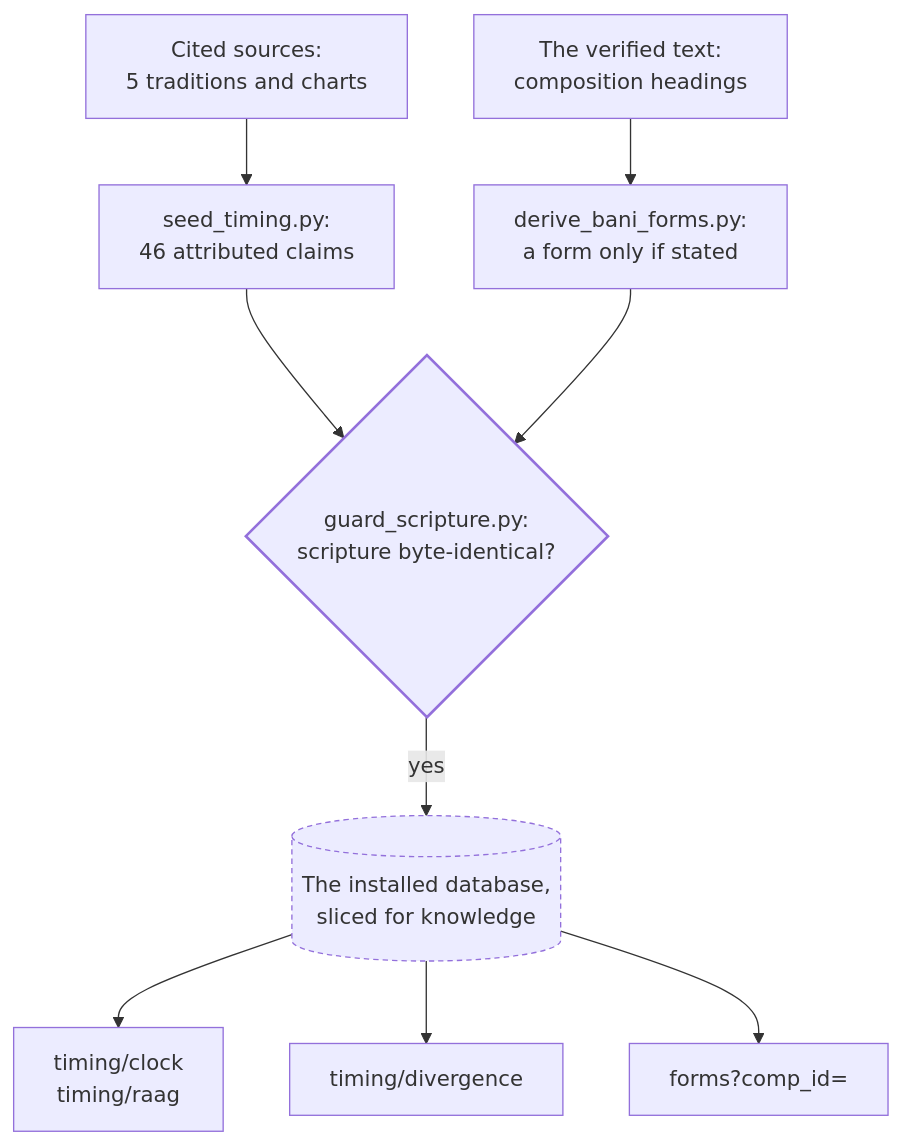
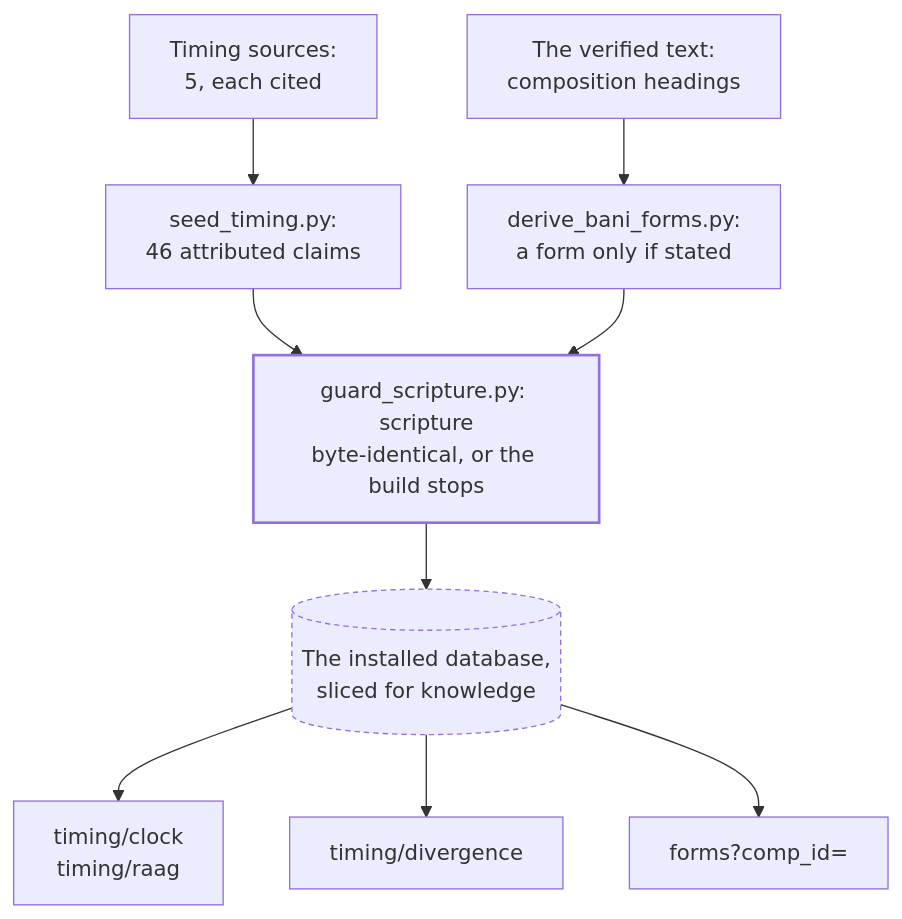
Before and after one commit to Algorythmos-AI/sggs-platform: the diagram in docs/architecture/knowledge-context.md, drawn with Mermaid.

Commit message:
docs(wiki): knowledge-context diagram uses a gate box, not a decision

````diff
--- a/docs/architecture/knowledge-context.md
+++ b/docs/architecture/knowledge-context.md
@@ -25,17 +25,17 @@
 ```mermaid
 flowchart TB
     accTitle: Timing claims and forms are built from cited sources and headings, then served read-only
-    accDescr: In sggs-data, seed_timing.py loads timing claims, each tied to a cited source, and derive_bani_forms.py reads composition headings from the verified text and records a form only when a heading states it. guard_scripture.py proves the scripture tables are byte-identical before and after. The knowledge service reads the seven declared tables and answers four routes: the clock, one raag, the divergences, and one composition's forms.
-    src[Cited sources:<br/>5 traditions and charts] --> seed[seed_timing.py:<br/>46 attributed claims]
+    accDescr: In sggs-data, seed_timing.py loads timing claims, each tied to a cited source, and derive_bani_forms.py reads composition headings from the verified text and records a form only when a heading states it. guard_scripture.py proves the scripture tables are byte-identical before and after, or the build stops. The knowledge service reads the seven declared tables and answers four routes: the clock, one raag, the divergences, and one composition's forms.
+    src[Timing sources:<br/>5, each cited] --> seed[seed_timing.py:<br/>46 attributed claims]
     txt[The verified text:<br/>composition headings] --> der[derive_bani_forms.py:<br/>a form only if stated]
-    seed --> g{guard_scripture.py:<br/>scripture byte-identical?}
+    seed --> g[guard_scripture.py: scripture<br/>byte-identical, or the build stops]
     der --> g
-    g -->|yes| db[(The installed database,<br/>sliced for knowledge)]
+    g --> db[(The installed database,<br/>sliced for knowledge)]
     db --> clock[timing/clock<br/>timing/raag]
     db --> div[timing/divergence]
     db --> forms[forms?comp_id=]
     class g gate
     class db store
     classDef gate stroke-width: 2px
     classDef store stroke-dasharray: 4 3
 ```
````
